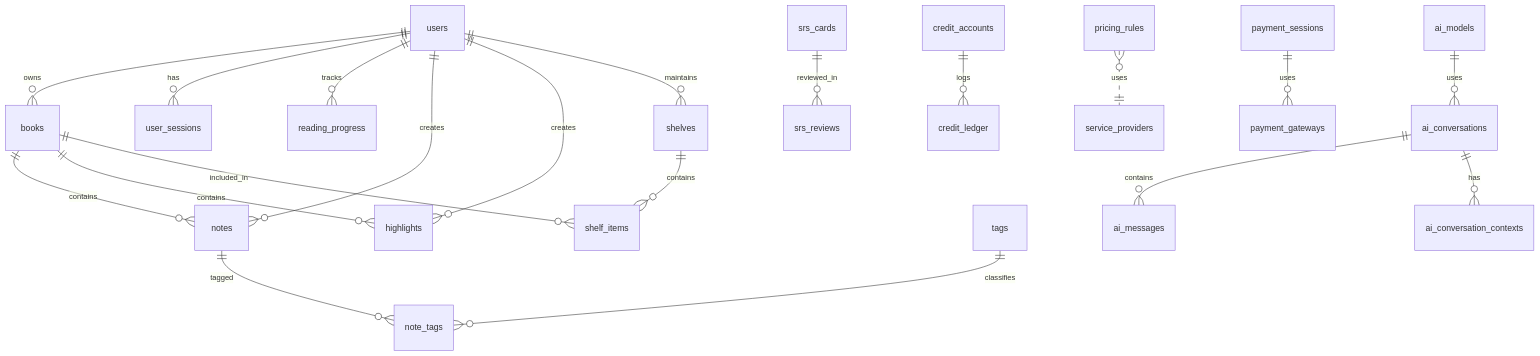
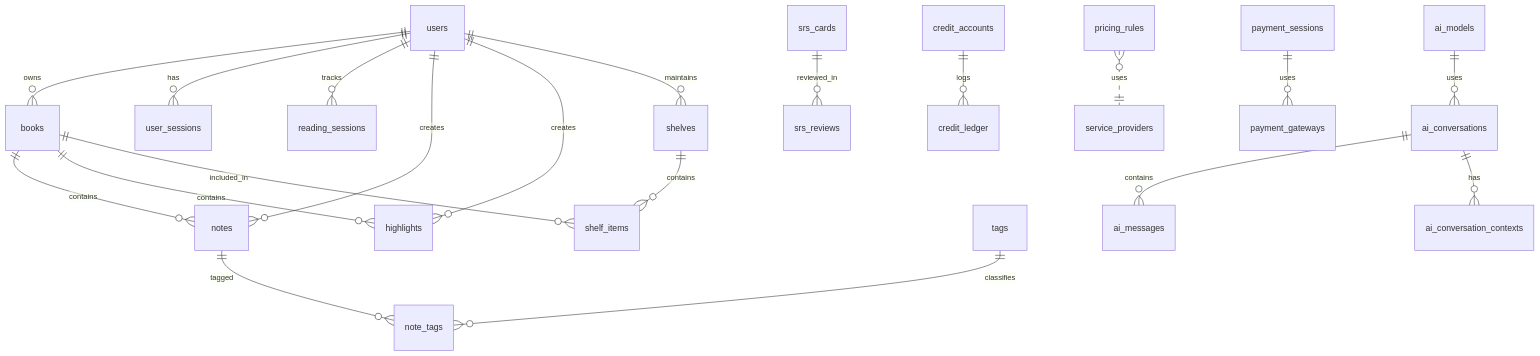
One commit to DANIELZHANG11/Athena changed the diagram in 雅典娜开发技术文档汇总/04 - 数据库全景与迁移Database_Schema_and_Migration_Log.md. Above: the diagram before and after it, drawn with Mermaid. The commit also changed other lines of this file and 304 other files, not shown here.

````diff
--- a/雅典娜开发技术文档汇总/04 - 数据库全景与迁移Database_Schema_and_Migration_Log.md
+++ b/雅典娜开发技术文档汇总/04 - 数据库全景与迁移Database_Schema_and_Migration_Log.md
@@ -31,22 +73,22 @@
 ```mermaid
 erDiagram
     users ||--o{ books : owns
     users ||--o{ user_sessions : has
-    users ||--o{ reading_progress : tracks
+    users ||--o{ reading_sessions : tracks
     users ||--o{ notes : creates
     users ||--o{ highlights : creates
     users ||--o{ shelves : maintains
     books ||--o{ notes : contains
     books ||--o{ highlights : contains
     books ||--o{ shelf_items : included_in
     shelves ||--o{ shelf_items : contains
     notes ||--o{ note_tags : tagged
     tags ||--o{ note_tags : classifies
     ai_conversations ||--o{ ai_messages : contains
     ai_conversations ||--o{ ai_conversation_contexts : has
     srs_cards ||--o{ srs_reviews : reviewed_in
     credit_accounts ||--o{ credit_ledger : logs
     pricing_rules }o..|| service_providers : uses
     ai_models ||--o{ ai_conversations : uses
     payment_sessions ||--o{ payment_gateways : uses
 ```
````
